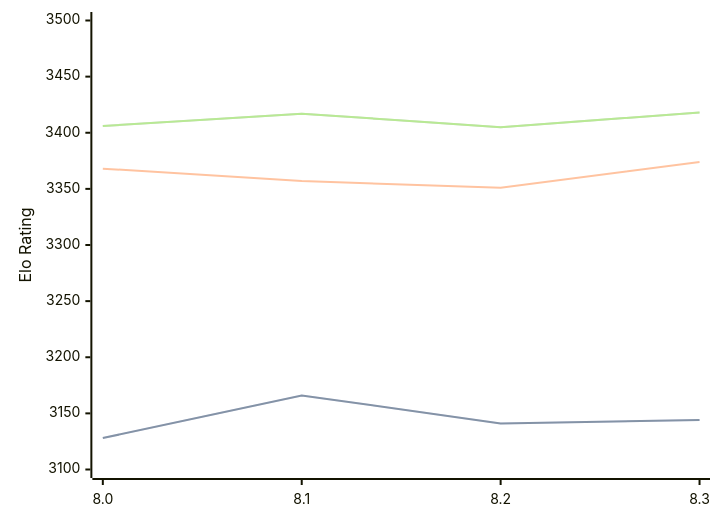
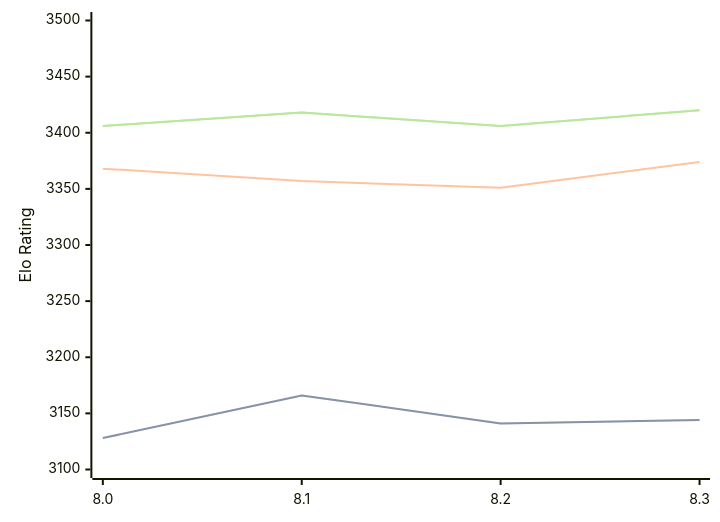
One commit to computer-chess-index/cci changed the diagram in engines/Alexander.md. Above: the diagram before and after it, drawn with Mermaid. The commit also changed other lines of this file, not shown here.

Commit message:
Update CCI Ratings (ELO VLTC) - 2026-07-30

````diff
--- a/engines/Alexander.md
+++ b/engines/Alexander.md
@@ -48,11 +48,11 @@
 ```mermaid
 %%{init: {"theme":"base","themeVariables":{"seriesColors:['#a3a3a3','#222221','#faa371']}}}%%
 xychart-beta
   x-axis ["8.0", "8.1", "8.2", "8.3"]
   y-axis "Elo Rating" 3100 --> 3500
   line "STC (8.0+0.08s)" [3128, 3166, 3141, 3144]
   line "STC (8.0+0.08s)" [3128, 3166, 3141, 3144]
   line "LTC (60.0+0.60s)" [3368, 3357, 3351, 3374]
-  line "VLTC (2m24s+1.12s)" [3406, 3417, 3405, 3418]
-  line "VLTC (2m24s+1.12s)" [3406, 3417, 3405, 3418]
+  line "VLTC (2m24s+1.12s)" [3406, 3418, 3406, 3420]
+  line "VLTC (2m24s+1.12s)" [3406, 3418, 3406, 3420]
 ```
````
